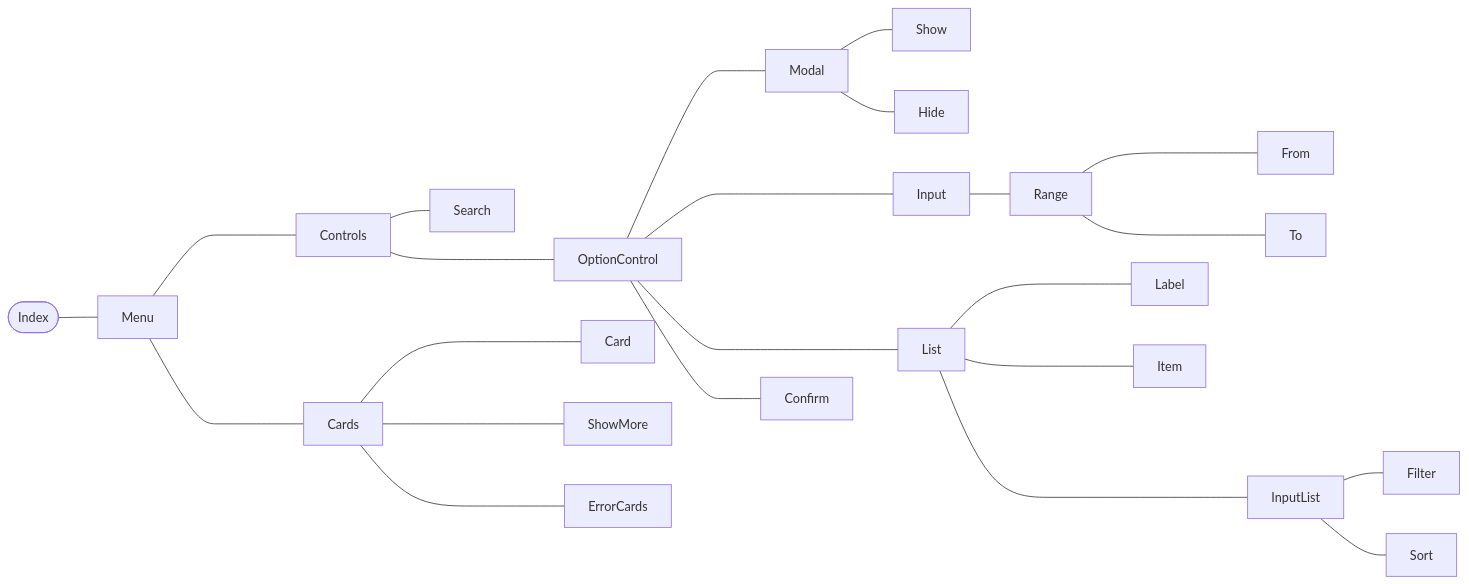
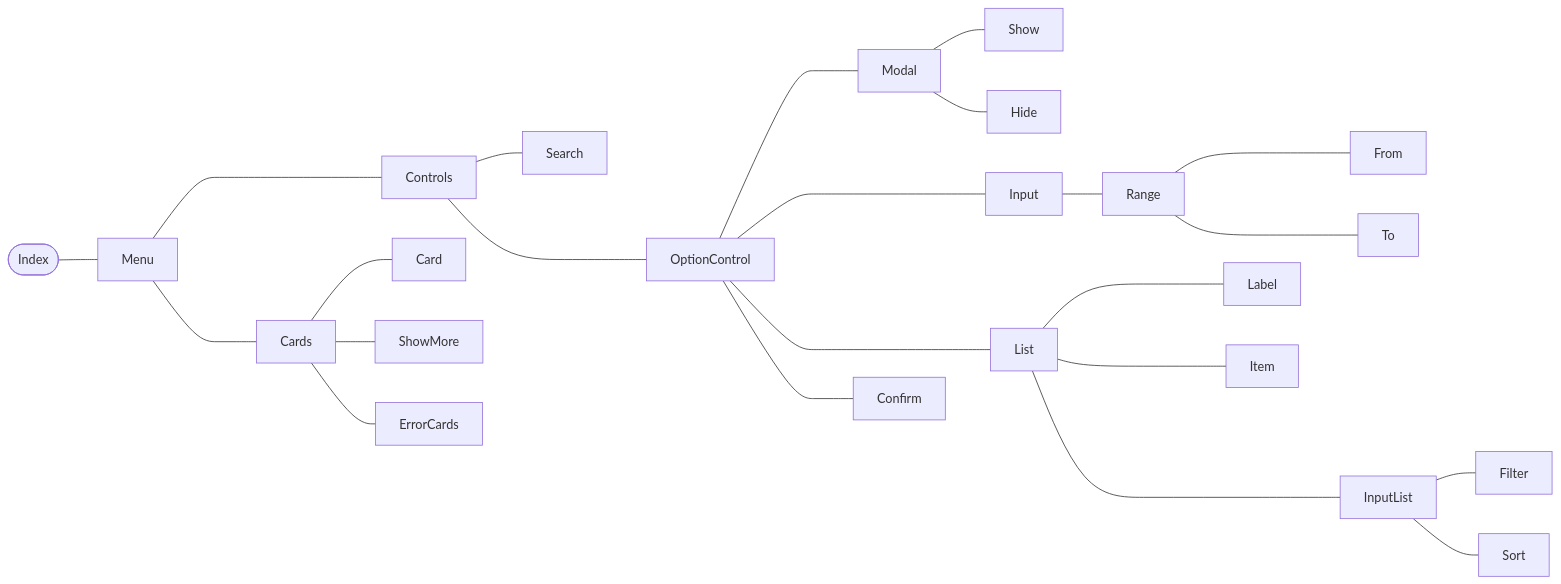
The diagram in README.md (rodrigodomingorena/para-el-readme), drawn with Mermaid before and after one commit.

````diff
--- a/README.md
+++ b/README.md
@@ -167,34 +167,34 @@
    ```mermaid
    flowchart LR
       index([Index]) --- menu[Menu]
       
       menu ----- controls[Controls]
-      menu ----- cards[Cards]
+      menu ---- cards[Cards]
             
       controls --- search[Search]
       controls ---- option[OptionControl]
       
       option ---- modal[Modal]
       option ----- input[Input]
       option ----- list[List]
       option ---- confirm[Confirm]
             
       modal --- show[Show]
       modal --- hide[Hide]
       
       input --- range[Range]
  
       range ---- from[From]
       range ---- to[To]
       
       list ---- label[Label]
       list ---- item[Item]
       list ----- inputlist[InputList]
       
       inputlist --- F[Filter]
       inputlist --- sort[Sort]
       
-      cards ---- card[Card]
-      cards ---- showmore[ShowMore]
-      cards ---- errorcards[ErrorCards]
+      cards --- card[Card]
+      cards --- showmore[ShowMore]
+      cards --- errorcards[ErrorCards]
    ```
````
